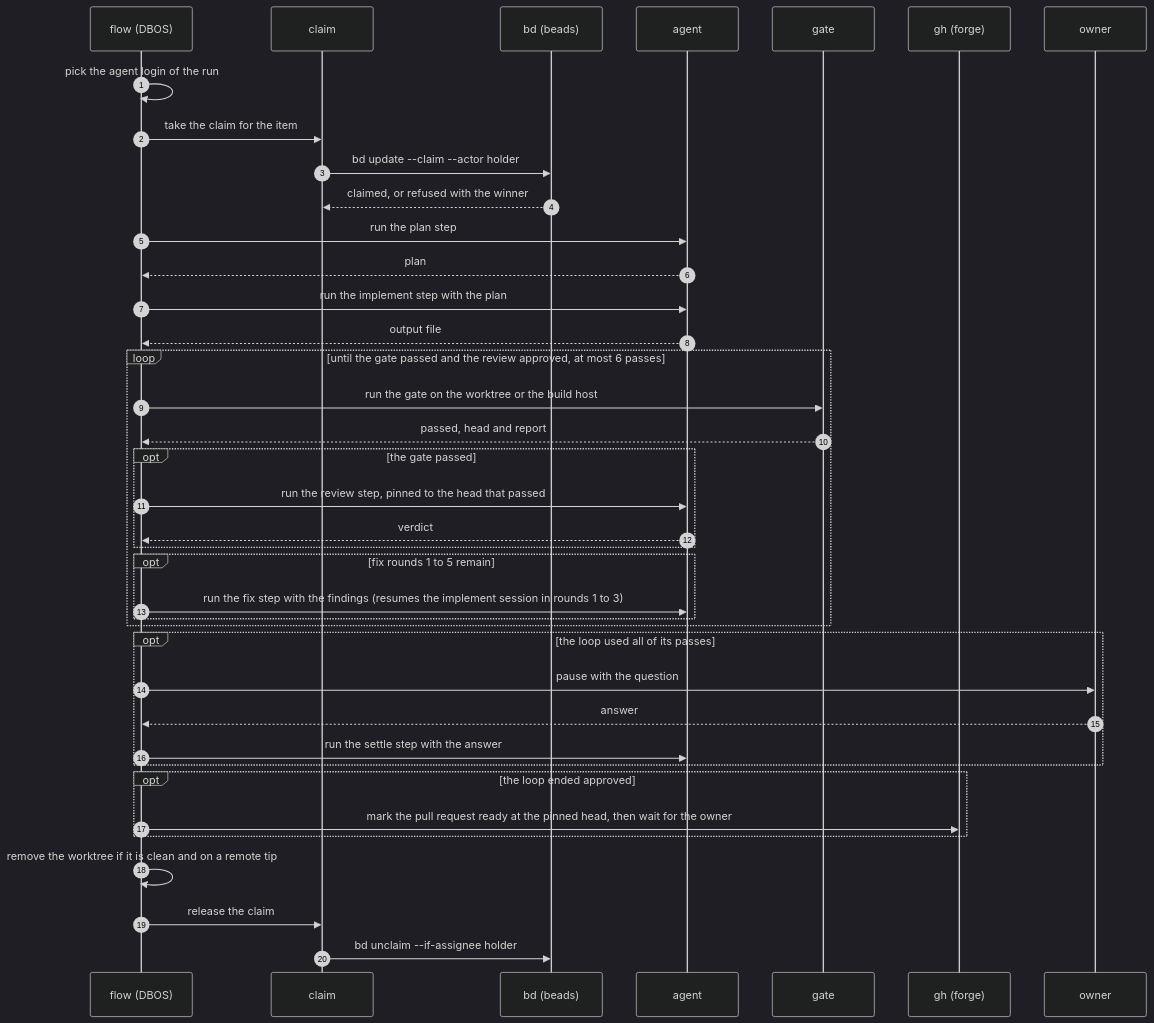
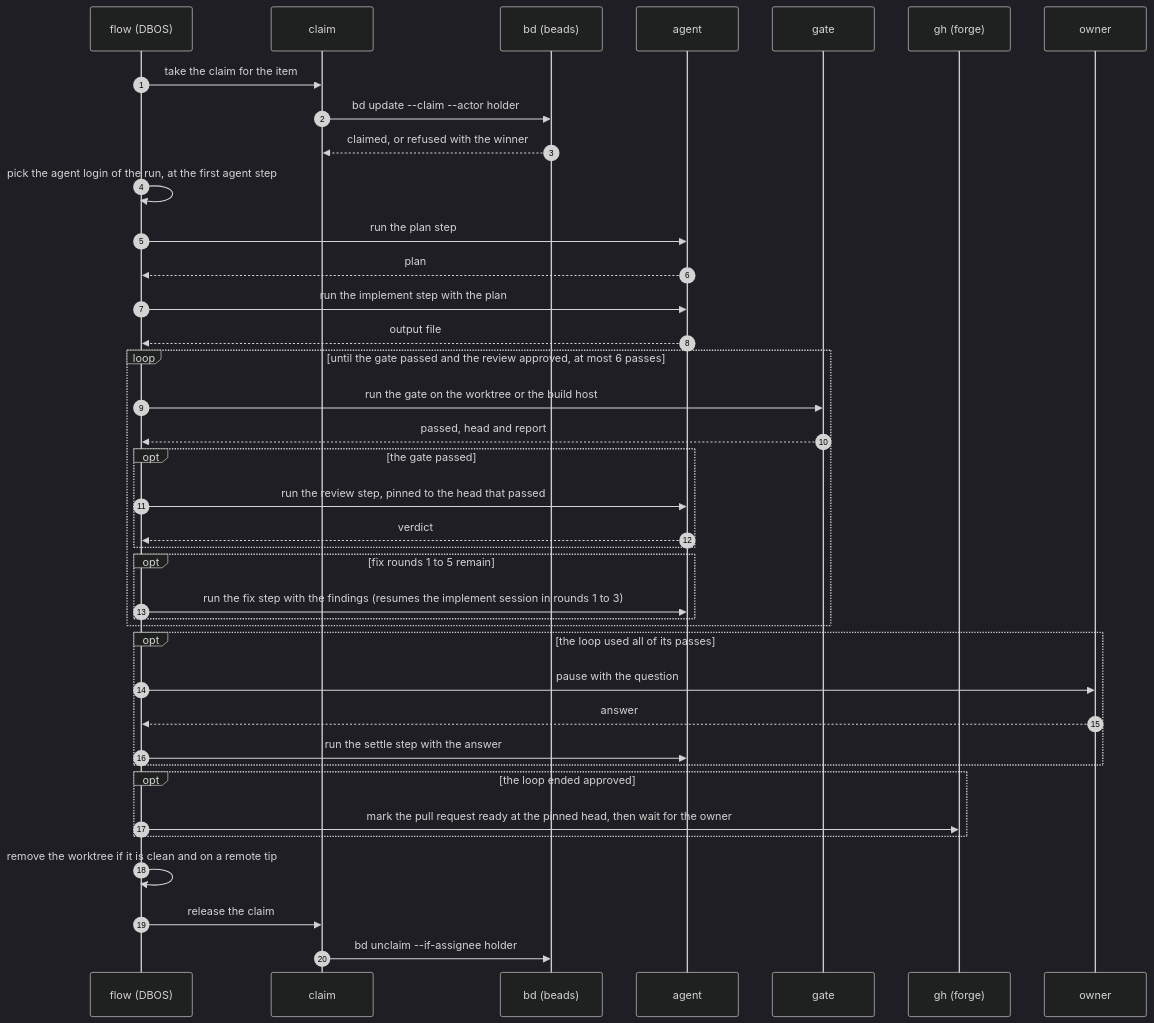
The third of 3 diagrams in docs/architecture.md (tobocop2/beehave), drawn with Mermaid (dark theme) before and after one commit. The commit also changed other lines of this file and 26 other files, not shown here.

First line of the commit message:
Choose the runner at the first agent step

````diff
--- a/docs/architecture.md
+++ b/docs/architecture.md
@@ -724,42 +725,42 @@
 ```mermaid
 sequenceDiagram
     autonumber
     participant F as flow (DBOS)
     participant C as claim
     participant B as bd (beads)
     participant A as agent
     participant K as gate
     participant G as gh (forge)
     participant O as owner
 
-    F->>F: pick the agent login of the run
     F->>C: take the claim for the item
     C->>B: bd update --claim --actor holder
     B-->>C: claimed, or refused with the winner
+    F->>F: pick the agent login of the run, at the first agent step
     F->>A: run the plan step
     A-->>F: plan
     F->>A: run the implement step with the plan
     A-->>F: output file
     loop until the gate passed and the review approved, at most 6 passes
         F->>K: run the gate on the worktree or the build host
         K-->>F: passed, head and report
         opt the gate passed
             F->>A: run the review step, pinned to the head that passed
             A-->>F: verdict
         end
         opt fix rounds 1 to 5 remain
             F->>A: run the fix step with the findings (resumes the implement session in rounds 1 to 3)
         end
     end
     opt the loop used all of its passes
         F->>O: pause with the question
         O-->>F: answer
         F->>A: run the settle step with the answer
     end
     opt the loop ended approved
         F->>G: mark the pull request ready at the pinned head, then wait for the owner
     end
     F->>F: remove the worktree if it is clean and on a remote tip
     F->>C: release the claim
     C->>B: bd unclaim --if-assignee holder
 ```
````
